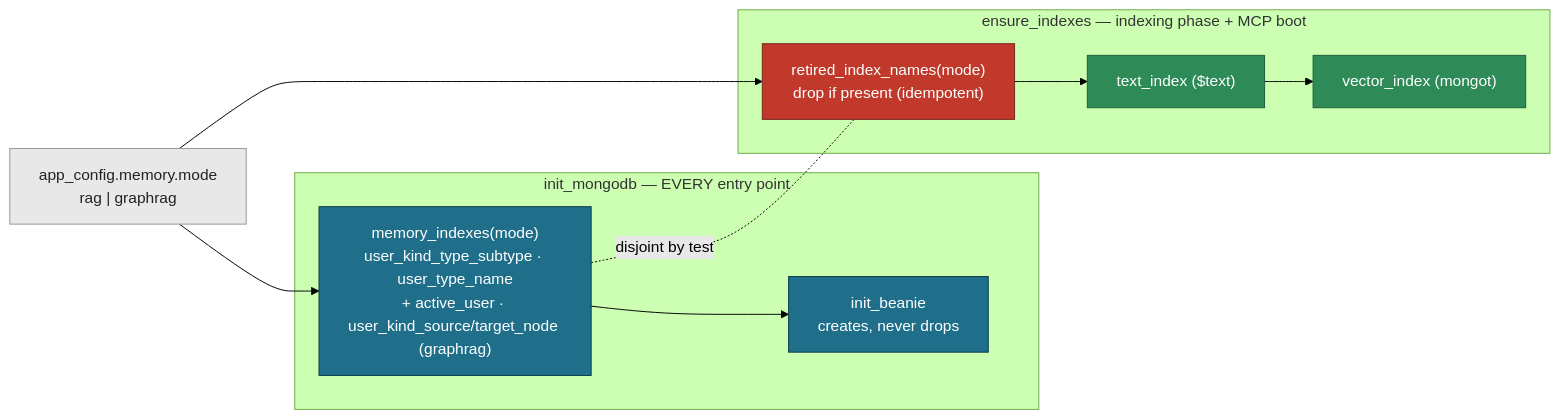
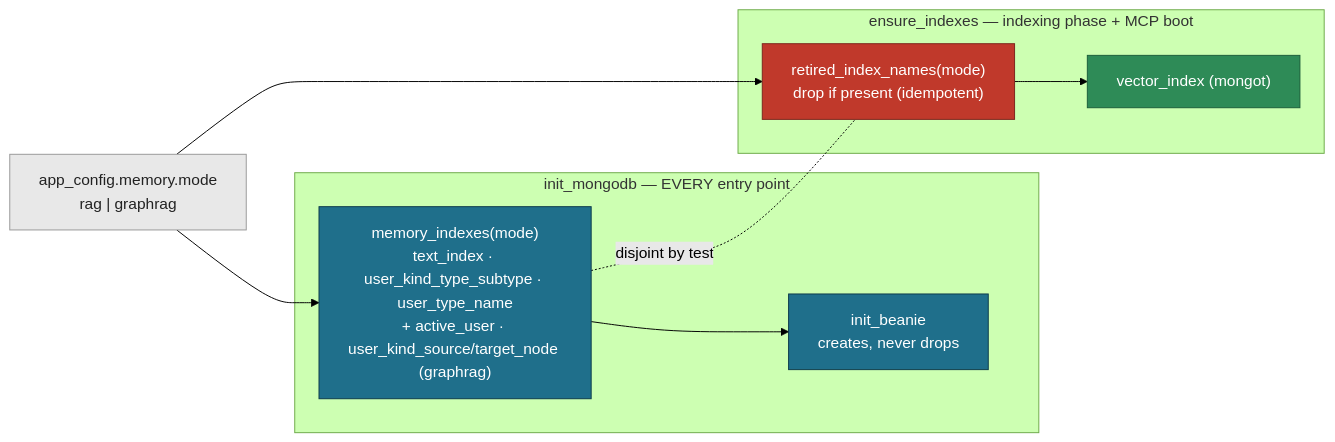
The diagram in docs/adrs/012_mode_aware_memory_index_set.md (iusztinpaul/building-agentic-systems), drawn with Mermaid (forest theme) before and after one commit. The commit also changed other lines of this file and 5 other files, not shown here.

First line of the commit message:
refactor: Let Beanie own the memory text index

````diff
--- a/docs/adrs/012_mode_aware_memory_index_set.md
+++ b/docs/adrs/012_mode_aware_memory_index_set.md
@@ -100,25 +103,24 @@
 ```mermaid
 flowchart LR
   classDef beanie fill:#1f6f8b,color:#fff,stroke:#0d3b4a
   classDef search fill:#2e8b57,color:#fff,stroke:#1b5e3a
   classDef retire fill:#c0392b,color:#fff,stroke:#7b241c
   classDef cfg fill:#e8e8e8,color:#222,stroke:#999
 
   MODE["app_config.memory.mode<br/>rag | graphrag"]:::cfg
 
   subgraph Boot["init_mongodb — EVERY entry point"]
-    MI["memory_indexes(mode)<br/>user_kind_type_subtype · user_type_name<br/>+ active_user · user_kind_source/target_node (graphrag)"]:::beanie
+    MI["memory_indexes(mode)<br/>text_index · user_kind_type_subtype · user_type_name<br/>+ active_user · user_kind_source/target_node (graphrag)"]:::beanie
     IB["init_beanie<br/>creates, never drops"]:::beanie
   end
 
   subgraph Idx["ensure_indexes — indexing phase + MCP boot"]
     RT["retired_index_names(mode)<br/>drop if present (idempotent)"]:::retire
-    TX["text_index ($text)"]:::search
     VX["vector_index (mongot)"]:::search
   end
 
   MODE --> MI --> IB
   MODE --> RT
-  RT --> TX --> VX
+  RT --> VX
   MI -. "disjoint by test" .- RT
 ```
````
